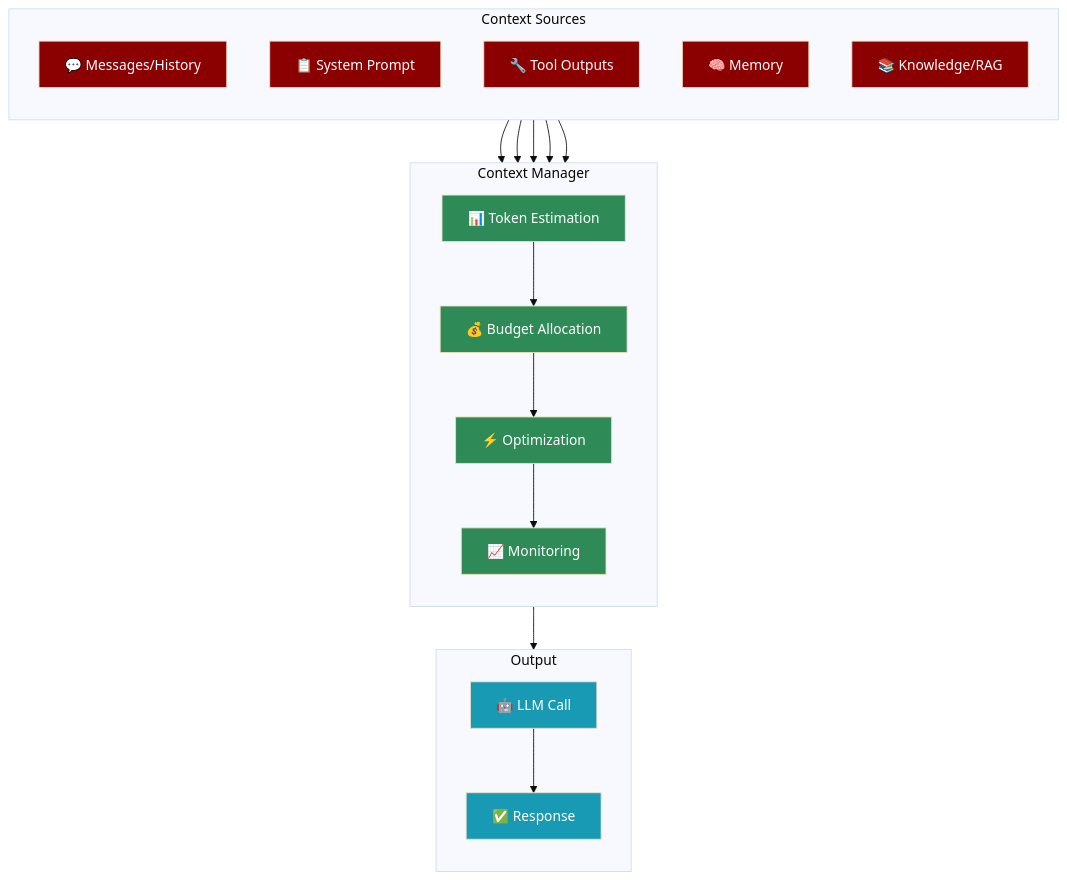
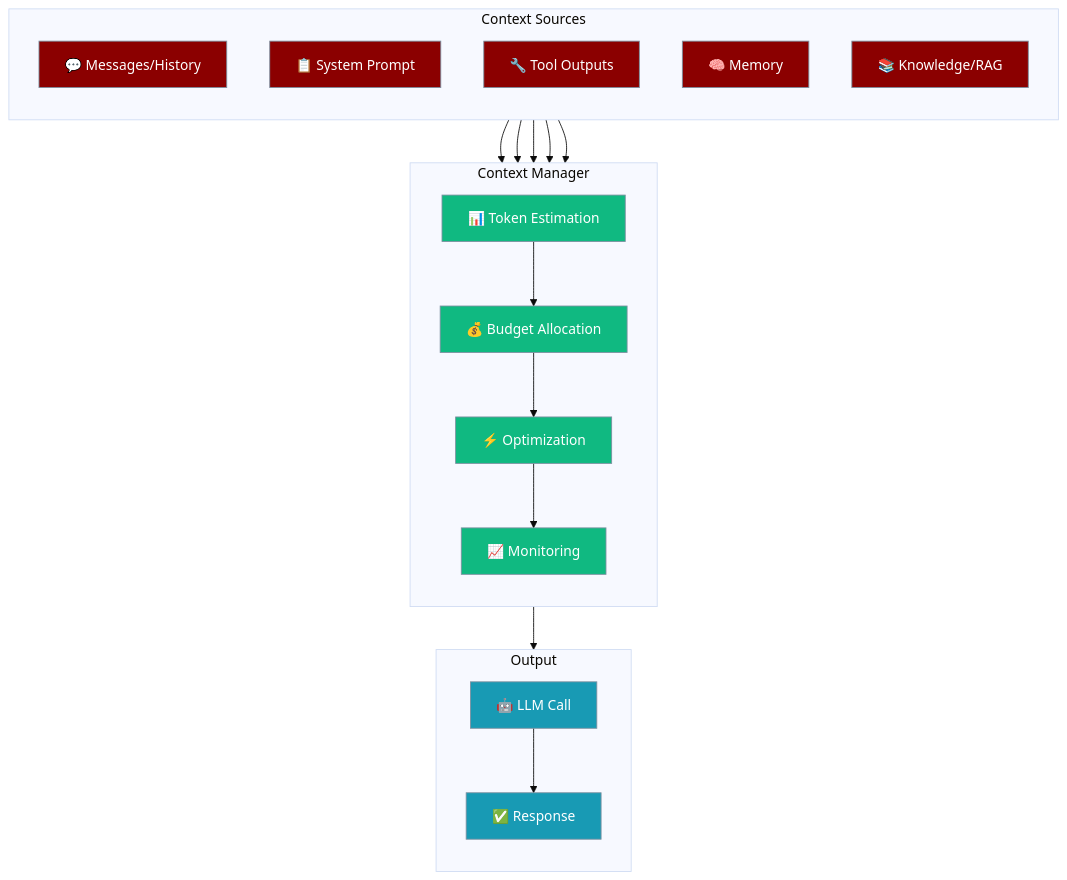
One commit to MervinPraison/PraisonAIDocs changed the first of 5 diagrams in docs/features/context-management.mdx. Above: the diagram before and after it, drawn with Mermaid (base theme). The commit also changed other lines of this file and 10 other files, not shown here.

First line of the commit message:
fix: align Mermaid classDef stroke and palette in batch-1 features

````diff
--- a/docs/features/context-management.mdx
+++ b/docs/features/context-management.mdx
@@ -17,55 +17,45 @@
 ```mermaid
 flowchart TB
     subgraph "Context Sources"
         direction TB
         MSG[💬 Messages/History]
         SYS[📋 System Prompt]
         TOOL[🔧 Tool Outputs]
         MEM[🧠 Memory]
         RAG[📚 Knowledge/RAG]
     end
 
     subgraph "Context Manager"
         direction TB
         EST[📊 Token Estimation]
         BUD[💰 Budget Allocation]
         OPT[⚡ Optimization]
         MON[📈 Monitoring]
     end
 
     subgraph "Output"
         direction TB
         LLM[🤖 LLM Call]
         RES[✅ Response]
     end
 
     MSG --> EST
     SYS --> EST
     TOOL --> EST
     MEM --> EST
     RAG --> EST
 
     EST --> BUD
     BUD --> OPT
     OPT --> MON
     MON --> LLM
     LLM --> RES
 
-    style MSG fill:#8B0000,color:#fff
-    style SYS fill:#8B0000,color:#fff
-    style TOOL fill:#8B0000,color:#fff
-    style MEM fill:#8B0000,color:#fff
-    style RAG fill:#8B0000,color:#fff
-    style EST fill:#2E8B57,color:#fff
-    style BUD fill:#2E8B57,color:#fff
-    style OPT fill:#2E8B57,color:#fff
-    style MON fill:#2E8B57,color:#fff
-    style LLM fill:#189AB4,color:#fff
-    style RES fill:#189AB4,color:#fff
-    classDef agent fill:#8B0000,stroke:#7C90A0,color:#fff
-    classDef tool fill:#189AB4,stroke:#7C90A0,color:#fff
-    classDef config fill:#6366F1,stroke:#7C90A0,color:#fff
-    class A agent
-    class B,C tool
+    classDef source fill:#8B0000,stroke:#7C90A0,color:#fff
+    classDef process fill:#10B981,stroke:#7C90A0,color:#fff
+    classDef output fill:#189AB4,stroke:#7C90A0,color:#fff
+    class MSG,SYS,TOOL,MEM,RAG source
+    class EST,BUD,OPT,MON process
+    class LLM,RES output
 
 ```
````
